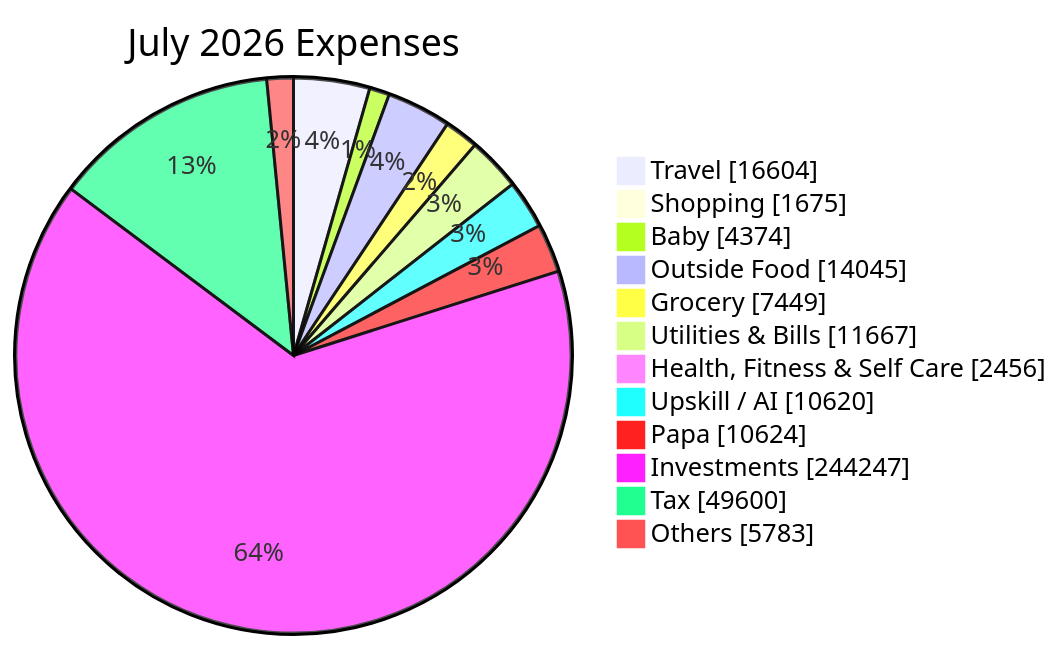
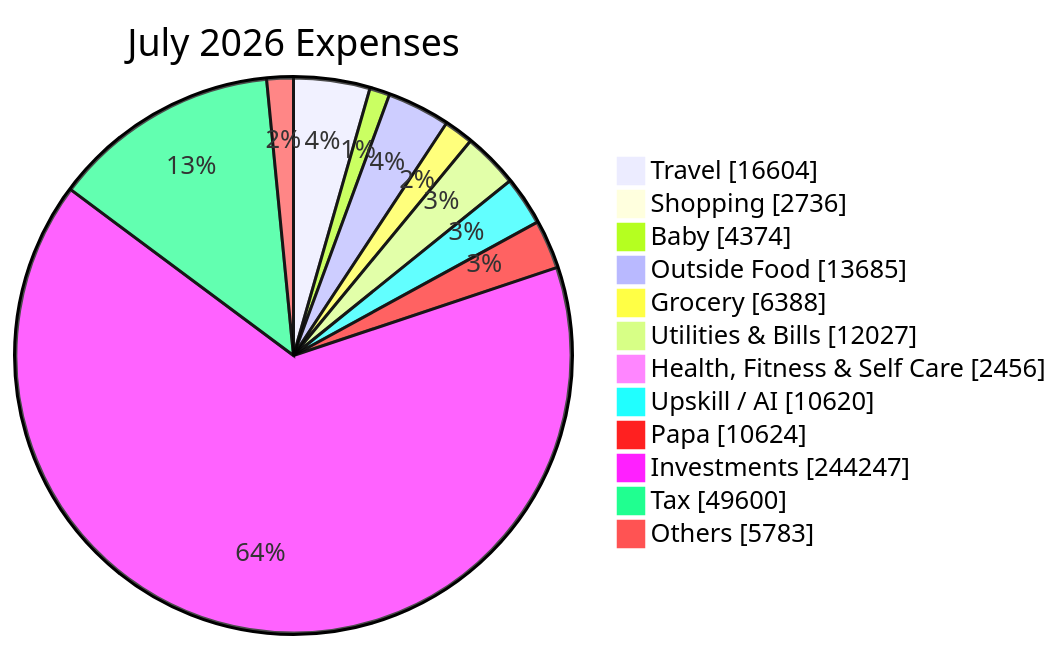
The second of 2 diagrams in reports/2026-07.md (sachin-hg/expense-reporter), drawn with Mermaid before and after one commit. The commit also changed other lines of this file and 14 other files, not shown here.

````diff
--- a/reports/2026-07.md
+++ b/reports/2026-07.md
@@ -52,16 +52,16 @@
 ```mermaid
 pie showData
     title July 2026 Expenses
     "Travel" : 16604
-    "Shopping" : 1675
+    "Shopping" : 2736
     "Baby" : 4374
-    "Outside Food" : 14045
-    "Grocery" : 7449
-    "Utilities & Bills" : 11667
+    "Outside Food" : 13685
+    "Grocery" : 6388
+    "Utilities & Bills" : 12027
     "Health, Fitness & Self Care" : 2456
     "Upskill / AI" : 10620
     "Papa" : 10624
     "Investments" : 244247
     "Tax" : 49600
     "Others" : 5783
 ```
````
